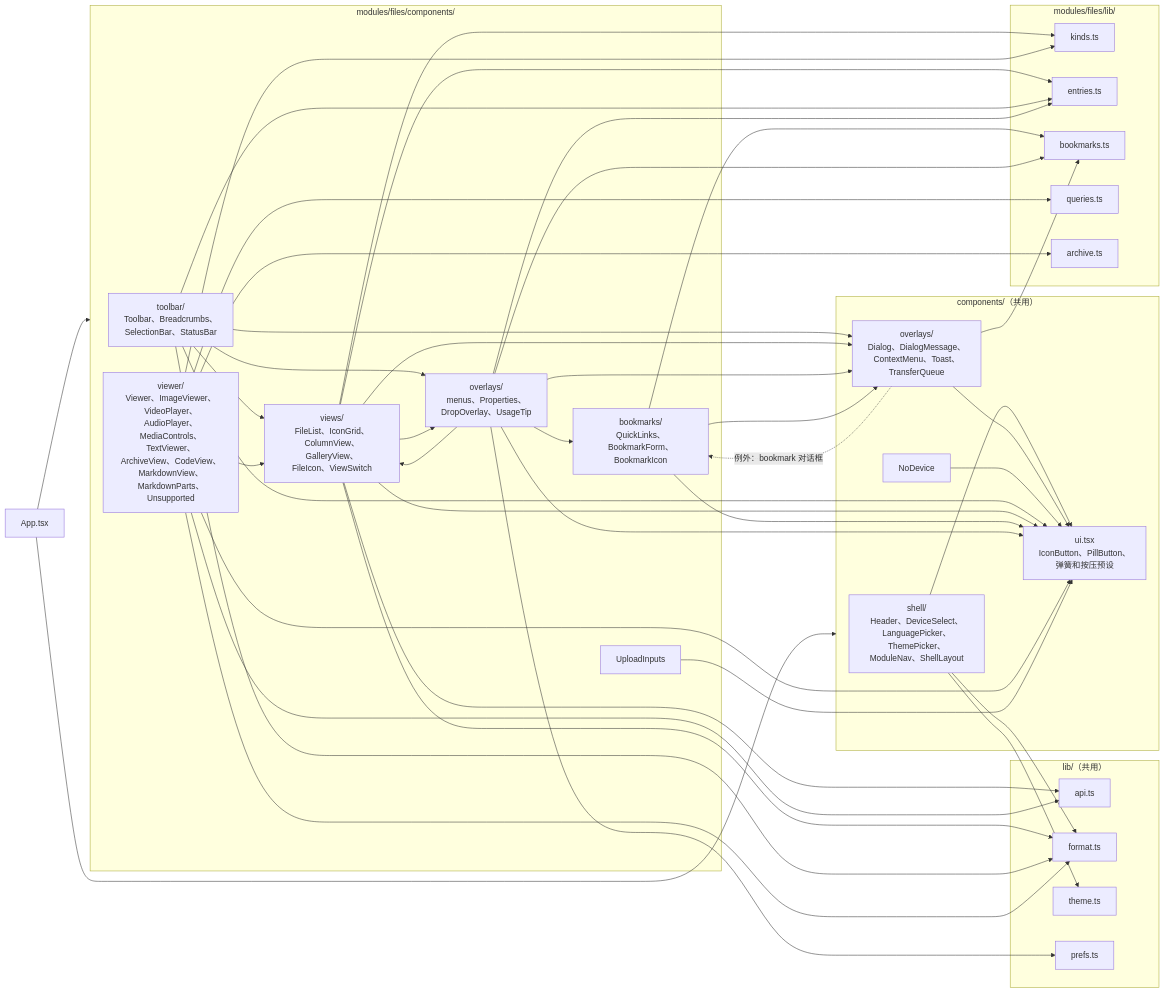
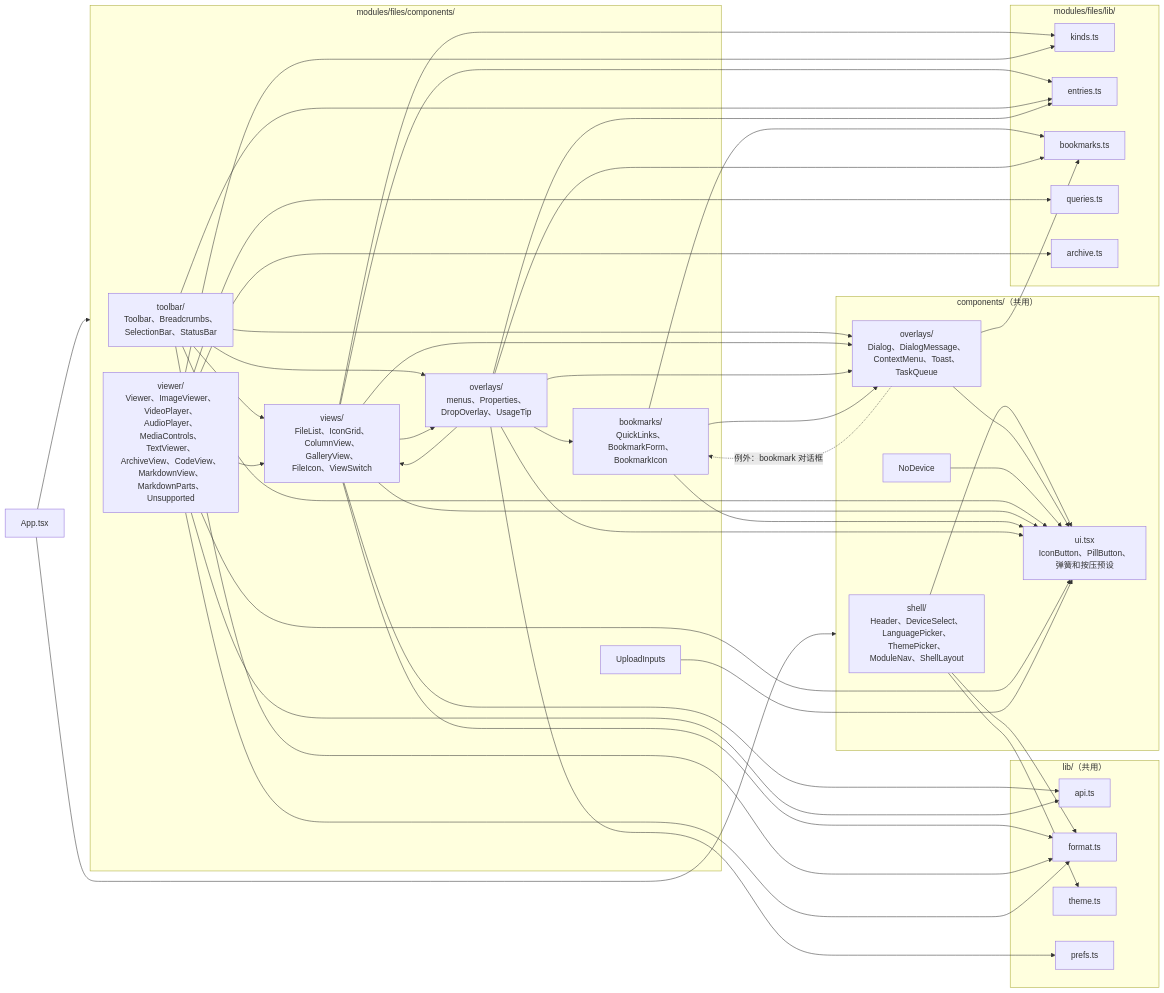
Before and after one commit to wynnyu/adb-file-manager: the seventh of 12 diagrams in docs/architecture.md, drawn with Mermaid. The commit also changed other lines of this file and 20 other files, not shown here.

Commit message:
Rename the transfer queue to a generic task queue

````diff
--- a/docs/architecture.md
+++ b/docs/architecture.md
@@ -347,55 +347,55 @@
 ```mermaid
 flowchart LR
   App["App.tsx"]
   subgraph shellComps["components/（共用）"]
     shell["shell/<br/>Header、DeviceSelect、<br/>LanguagePicker、ThemePicker、<br/>ModuleNav、ShellLayout"]
-    sharedOverlays["overlays/<br/>Dialog、DialogMessage、<br/>ContextMenu、Toast、<br/>TransferQueue"]
+    sharedOverlays["overlays/<br/>Dialog、DialogMessage、<br/>ContextMenu、Toast、<br/>TaskQueue"]
     noDevice["NoDevice"]
     ui["ui.tsx<br/>IconButton、PillButton、<br/>弹簧和按压预设"]
   end
   subgraph filesComps["modules/files/components/"]
     toolbar["toolbar/<br/>Toolbar、Breadcrumbs、<br/>SelectionBar、StatusBar"]
     views["views/<br/>FileList、IconGrid、<br/>ColumnView、GalleryView、<br/>FileIcon、ViewSwitch"]
     bm["bookmarks/<br/>QuickLinks、BookmarkForm、<br/>BookmarkIcon"]
     overlays["overlays/<br/>menus、Properties、<br/>DropOverlay、UsageTip"]
     viewer["viewer/<br/>Viewer、ImageViewer、<br/>VideoPlayer、AudioPlayer、<br/>MediaControls、TextViewer、<br/>ArchiveView、CodeView、<br/>MarkdownView、MarkdownParts、<br/>Unsupported"]
     upload["UploadInputs"]
   end
   subgraph lib["lib/（共用）"]
     api["api.ts"]
     format["format.ts"]
     theme["theme.ts"]
     prefs["prefs.ts"]
   end
   subgraph filesLib["modules/files/lib/"]
     kinds["kinds.ts"]
     entries["entries.ts"]
     bookmarksLib["bookmarks.ts"]
     queries["queries.ts"]
     archiveLib["archive.ts"]
   end
 
   App --> shellComps
   App --> filesComps
   shell & sharedOverlays & noDevice & toolbar & views & bm & overlays & viewer & upload --> ui
   toolbar --> views
   toolbar --> overlays
   toolbar --> sharedOverlays
   views --> overlays
   views --> sharedOverlays
   overlays --> bm
   overlays --> views
   overlays --> sharedOverlays
   bm --> sharedOverlays
   sharedOverlays -. "例外：bookmark 对话框" .-> bm
   views --> api
   views --> format & kinds & entries
   toolbar --> format & entries
   shell --> format & theme
   bm --> bookmarksLib
   sharedOverlays --> bookmarksLib
   overlays --> bookmarksLib & entries & prefs
   viewer --> views
   viewer --> api & queries & format & kinds
   viewer --> archiveLib
 ```
````
